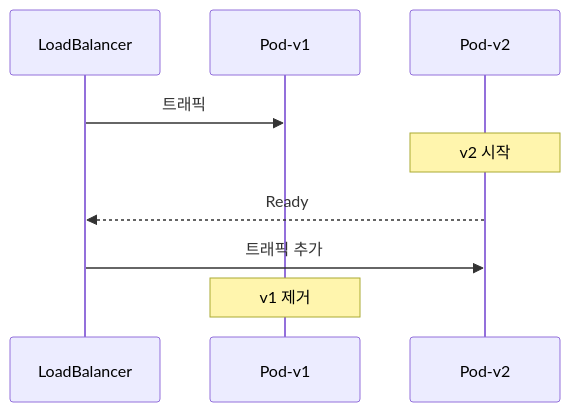
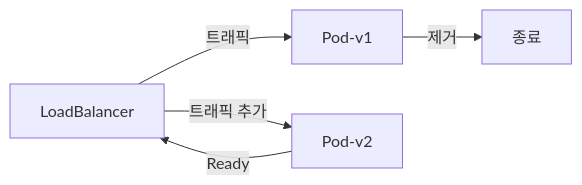
Before and after one commit to yjkim2015/yjkim2015.github.io: the second of 4 diagrams in _posts/cicd/2026-05-01-cicd.md, drawn with Mermaid. The commit also changed other lines of this file and 84 other files, not shown here.

First line of the commit message:
85개 포스트 Mermaid 다이어그램 규칙 일괄 수정

````diff
--- a/_posts/cicd/2026-05-01-cicd.md
+++ b/_posts/cicd/2026-05-01-cicd.md
@@ -345,11 +345,10 @@
 ```mermaid
-sequenceDiagram
-    participant LB as LoadBalancer
-    participant P1 as Pod-v1
-    participant P2 as Pod-v2
-    LB->>P1: 트래픽
-    Note over P2: v2 시작
-    P2-->>LB: Ready
-    LB->>P2: 트래픽 추가
-    Note over P1: v1 제거
+graph LR
+    LB["LoadBalancer"]
+    P1["Pod-v1"]
+    P2["Pod-v2"]
+    LB -->|"트래픽"| P1
+    P2 -->|"Ready"| LB
+    LB -->|"트래픽 추가"| P2
+    P1 -->|"제거"| END["종료"]
 ```
````
